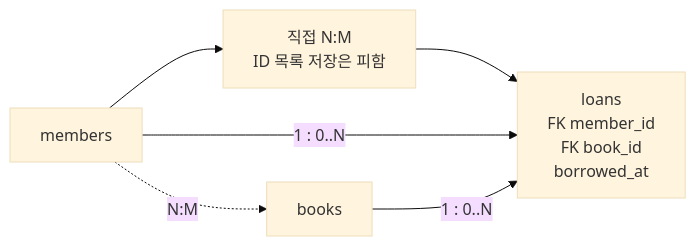
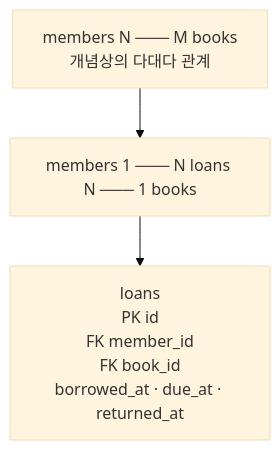
One commit to GilbertMoon/ai-database-book changed the diagram in images/chapter05/ch05_05_many_to_many_bridge_table.mmd. Above: the diagram before and after it, drawn with Mermaid (base theme).

Commit message:
Finalize Chapter 05 many to many Mermaid

```diff
--- a/images/chapter05/ch05_05_many_to_many_bridge_table.mmd
+++ b/images/chapter05/ch05_05_many_to_many_bridge_table.mmd
@@ -1,11 +1,4 @@
-flowchart LR
-    M[members]
-    B[books]
-    X[직접 N:M<br/>ID 목록 저장은 피함]
-    L[loans<br/>FK member_id<br/>FK book_id<br/>borrowed_at]
-
-    M -. N:M .-> B
-    M --> X
-    X --> L
-    M -- "1 : 0..N" --> L
-    B -- "1 : 0..N" --> L
+flowchart TB
+    C[members N ─── M books<br/>개념상의 다대다 관계]
+    C --> R[members 1 ─── N loans N ─── 1 books]
+    R --> L[loans<br/>PK id<br/>FK member_id<br/>FK book_id<br/>borrowed_at · due_at · returned_at]
```
